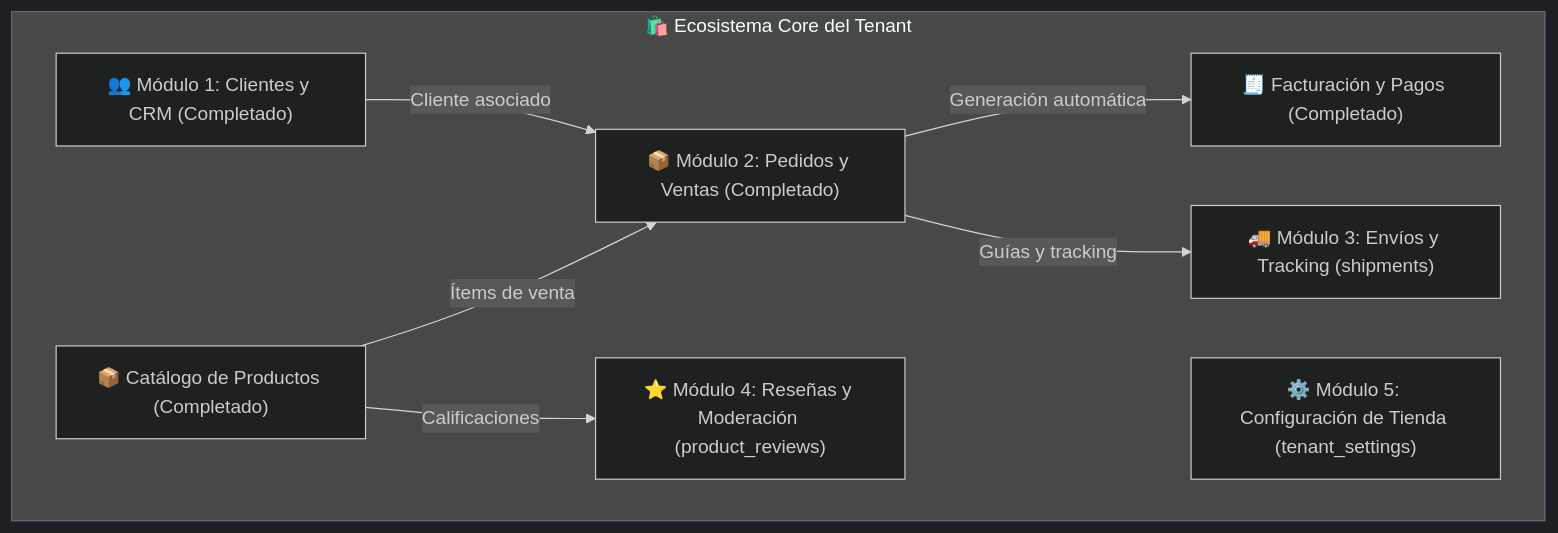
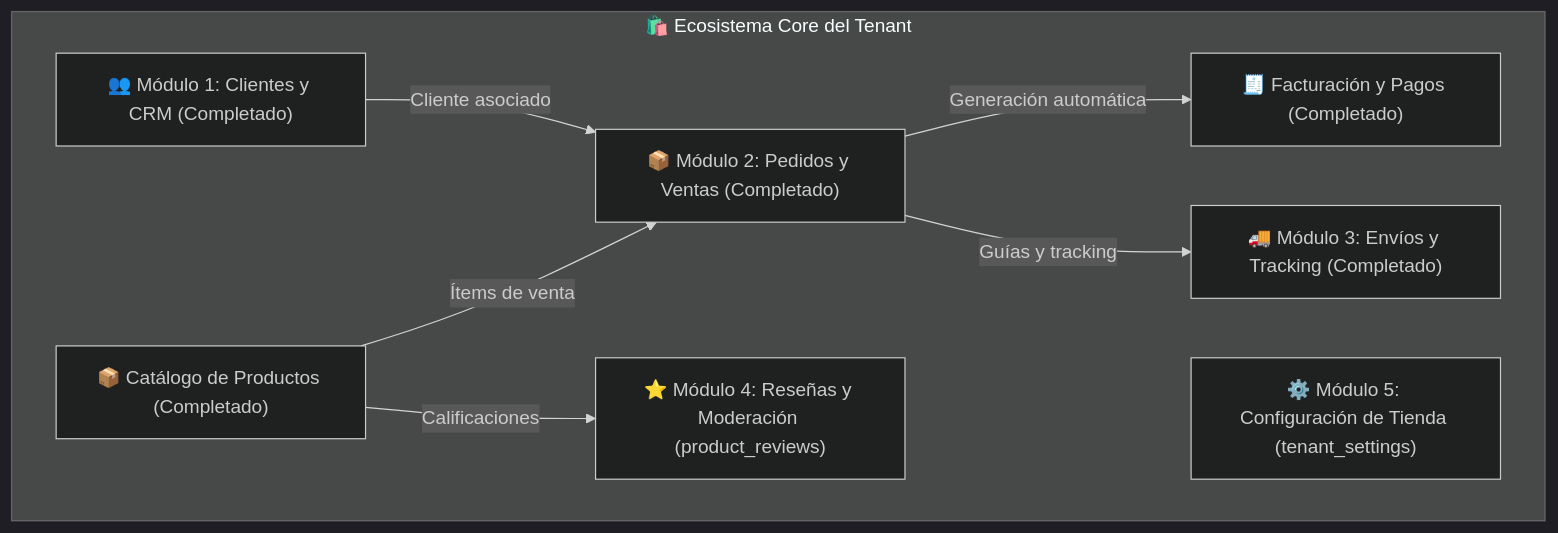
Before and after one commit to gabrielj2814/owomarket: the diagram in PLANIFICACION_MODULOS_TENANT.md, drawn with Mermaid (dark theme). The commit also changed other lines of this file and 1 other file, not shown here.

````diff
--- a/PLANIFICACION_MODULOS_TENANT.md
+++ b/PLANIFICACION_MODULOS_TENANT.md
@@ -10,18 +10,18 @@
 ```mermaid
 flowchart TD
     subgraph CoreCommerce ["🛍️ Ecosistema Core del Tenant"]
         PROD["📦 Catálogo de Productos (Completado)"]
         BILL["🧾 Facturación y Pagos (Completado)"]
         CUST["👥 Módulo 1: Clientes y CRM (Completado)"]
         ORD["📦 Módulo 2: Pedidos y Ventas (Completado)"]
-        SHIP["🚚 Módulo 3: Envíos y Tracking (shipments)"]
+        SHIP["🚚 Módulo 3: Envíos y Tracking (Completado)"]
         REV["⭐ Módulo 4: Reseñas y Moderación (product_reviews)"]
         SETT["⚙️ Módulo 5: Configuración de Tienda (tenant_settings)"]
         
         CUST -->|Cliente asociado| ORD
         PROD -->|Ítems de venta| ORD
         ORD -->|Generación automática| BILL
         ORD -->|Guías y tracking| SHIP
         PROD -->|Calificaciones| REV
     end
 ```
````
